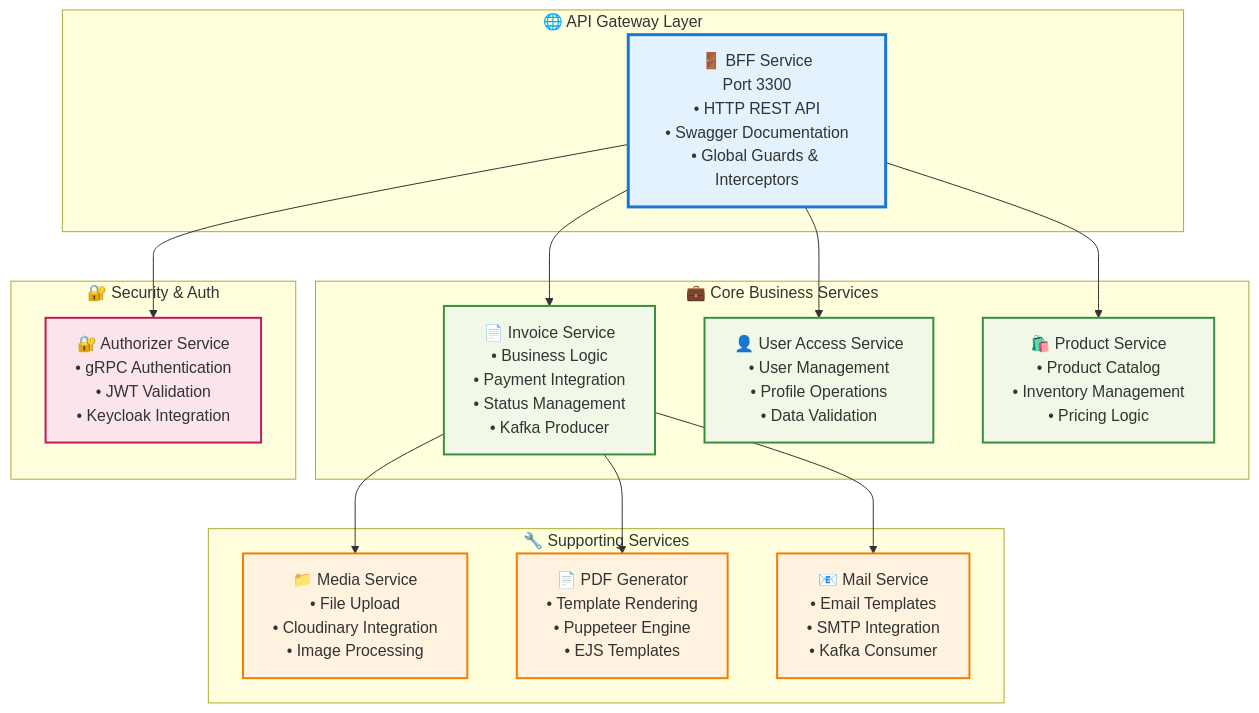
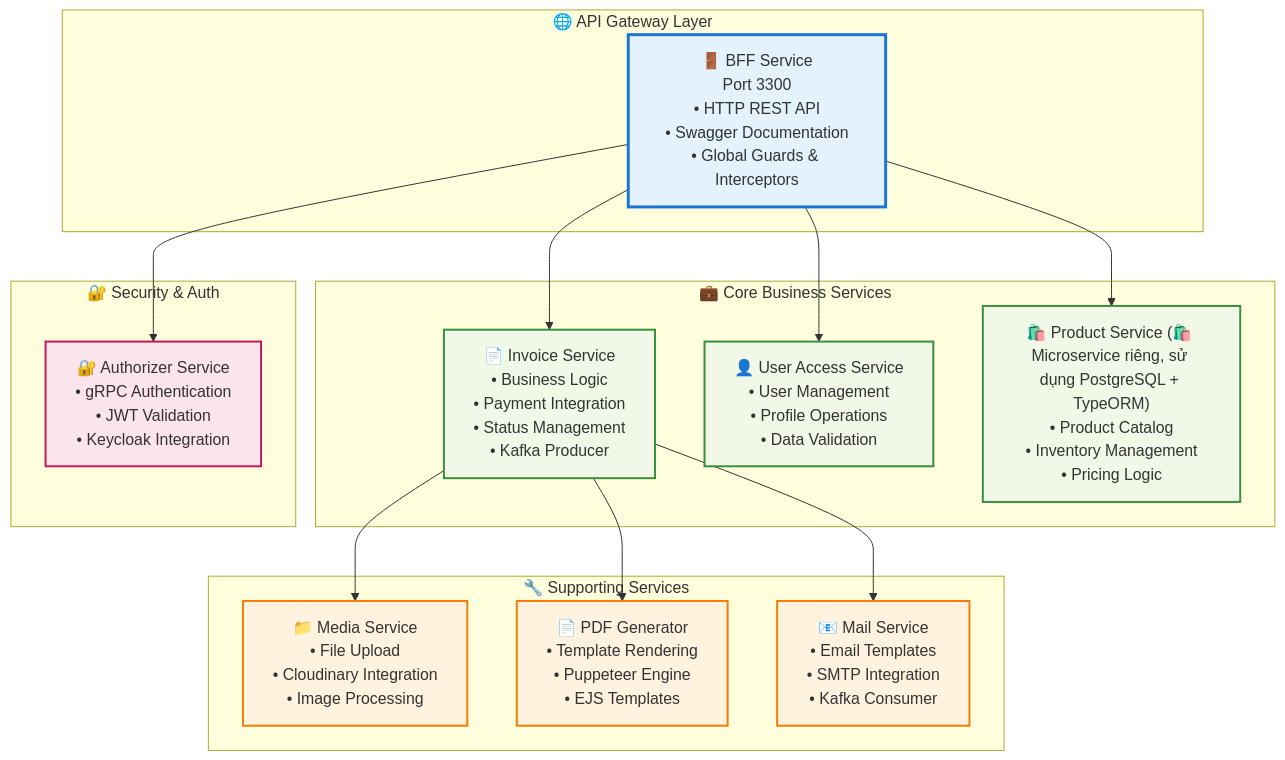
The second of 11 diagrams in TEACHING_GUIDE.md (thanhmati/einvoice-backend), drawn with Mermaid before and after one commit. The commit also changed other lines of this file, not shown here.

````diff
--- a/TEACHING_GUIDE.md
+++ b/TEACHING_GUIDE.md
@@ -128,40 +140,40 @@
 ```mermaid
 graph TB
     subgraph "🌐 API Gateway Layer"
         BFF["🚪 BFF Service<br/>Port 3300<br/>• HTTP REST API<br/>• Swagger Documentation<br/>• Global Guards & Interceptors"]
     end
-    
+
     subgraph "💼 Core Business Services"
         Invoice["📄 Invoice Service<br/>• Business Logic<br/>• Payment Integration<br/>• Status Management<br/>• Kafka Producer"]
         UserAccess["👤 User Access Service<br/>• User Management<br/>• Profile Operations<br/>• Data Validation"]
-        Product["🛍️ Product Service<br/>• Product Catalog<br/>• Inventory Management<br/>• Pricing Logic"]
+        Product["🛍️ Product Service (🛍️ Microservice riêng, sử dụng PostgreSQL + TypeORM)<br/>• Product Catalog<br/>• Inventory Management<br/>• Pricing Logic"]
     end
-    
+
     subgraph "🔧 Supporting Services"
         Media["📁 Media Service<br/>• File Upload<br/>• Cloudinary Integration<br/>• Image Processing"]
         PDF["📄 PDF Generator<br/>• Template Rendering<br/>• Puppeteer Engine<br/>• EJS Templates"]
         Mail["📧 Mail Service<br/>• Email Templates<br/>• SMTP Integration<br/>• Kafka Consumer"]
     end
-    
+
     subgraph "🔐 Security & Auth"
         Auth["🔐 Authorizer Service<br/>• gRPC Authentication<br/>• JWT Validation<br/>• Keycloak Integration"]
     end
-    
+
     BFF --> Invoice
-    BFF --> UserAccess  
+    BFF --> UserAccess
     BFF --> Product
     BFF --> Auth
     Invoice --> Media
     Invoice --> PDF
     Invoice --> Mail
-    
+
     classDef gateway fill:#e3f2fd,stroke:#1976d2,stroke-width:3px
     classDef business fill:#f1f8e8,stroke:#388e3c,stroke-width:2px
     classDef support fill:#fff3e0,stroke:#f57c00,stroke-width:2px
     classDef security fill:#fce4ec,stroke:#c2185b,stroke-width:2px
-    
+
     class BFF gateway
     class Invoice,UserAccess,Product business
     class Media,PDF,Mail support
     class Auth security
 ```
````
